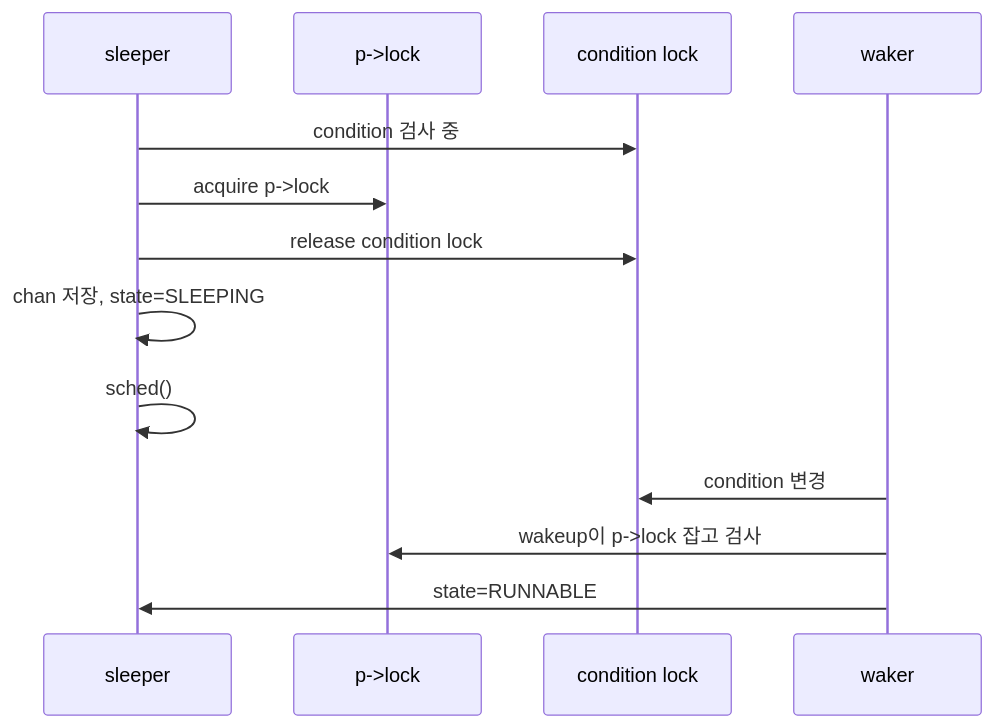
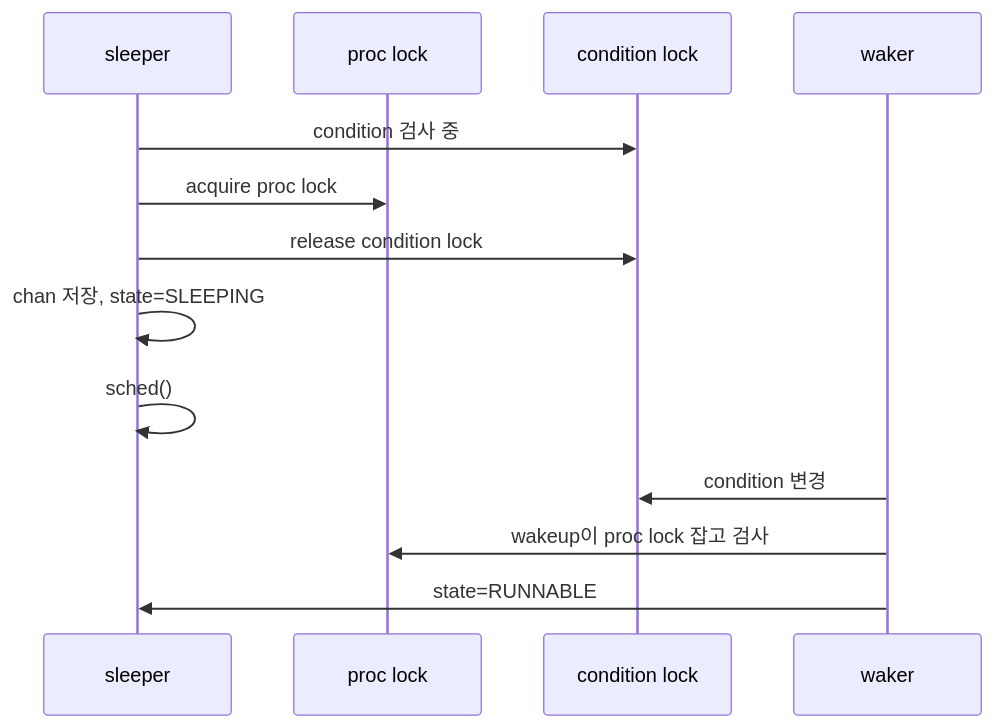
One commit to YangSiJun528/xv6-riscv-study changed the fifth of 5 diagrams in docs/ai/018_xv6_1-17_overview_20260527.md. Above: the diagram before and after it, drawn with Mermaid. The commit also changed other lines of this file, not shown here.

Commit message:
docs: fix xv6 overview mermaid labels

````diff
--- a/docs/ai/018_xv6_1-17_overview_20260527.md
+++ b/docs/ai/018_xv6_1-17_overview_20260527.md
@@ -457,16 +468,16 @@
 ```mermaid
 sequenceDiagram
   participant C as sleeper
-  participant P as p->lock
+  participant P as proc lock
   participant L as condition lock
   participant W as waker
 
   C->>L: condition 검사 중
-  C->>P: acquire p->lock
+  C->>P: acquire proc lock
   C->>L: release condition lock
   C->>C: chan 저장, state=SLEEPING
   C->>C: sched()
   W->>L: condition 변경
-  W->>P: wakeup이 p->lock 잡고 검사
+  W->>P: wakeup이 proc lock 잡고 검사
   W->>C: state=RUNNABLE
 ```
````
